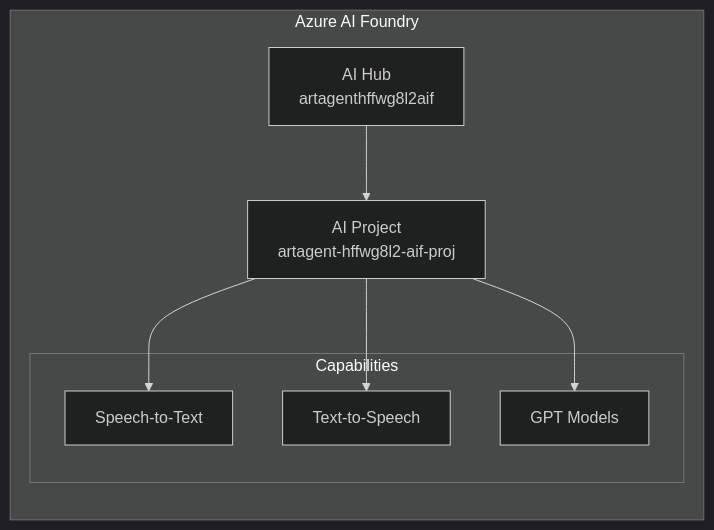
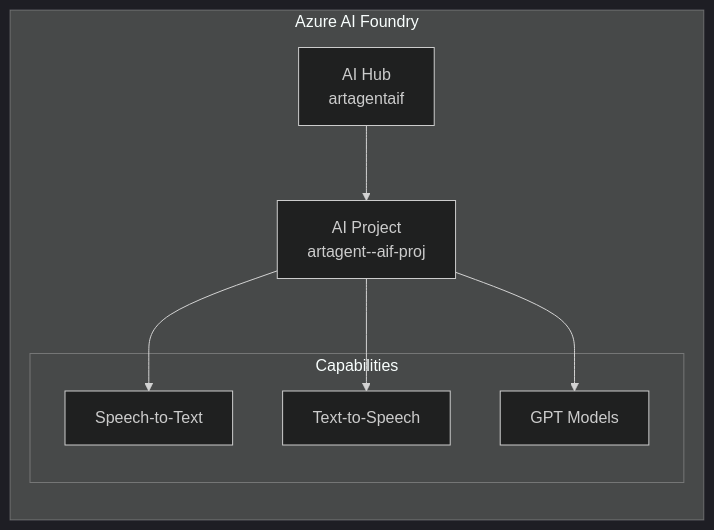
One commit to kevinevans1/genai_wiki changed the fourth of 8 diagrams in docs/architecture/overview.md. Above: the diagram before and after it, drawn with Mermaid (dark theme). The commit also changed 12 other files, not shown here.

````diff
--- a/docs/architecture/overview.md
+++ b/docs/architecture/overview.md
@@ -117,18 +117,18 @@
 ```mermaid
 graph LR
     subgraph "Azure AI Foundry"
-        HUB[AI Hub<br/>artagenthffwg8l2aif]
-        PROJ[AI Project<br/>artagent-hffwg8l2-aif-proj]
+        HUB[AI Hub<br/>artagent<suffix>aif]
+        PROJ[AI Project<br/>artagent-<suffix>-aif-proj]
         
         subgraph "Capabilities"
             STT[Speech-to-Text]
             TTS[Text-to-Speech]
             GPT[GPT Models]
         end
     end
     
     HUB --> PROJ
     PROJ --> STT
     PROJ --> TTS
     PROJ --> GPT
 ```
````
